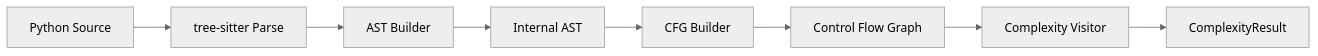
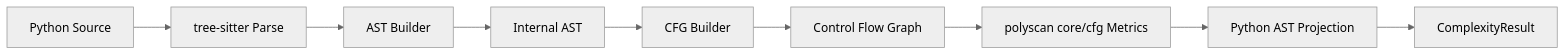
Before and after one commit to ludo-technologies/pyscn: the first of 3 diagrams in docs/algorithms/complexity.md, drawn with Mermaid (neutral theme). The commit also changed other lines of this file and 18 other files, not shown here.

Commit message:
migrate: adopt core CFG analyses

````diff
--- a/docs/algorithms/complexity.md
+++ b/docs/algorithms/complexity.md
@@ -13,10 +13,11 @@
 ```mermaid
 flowchart LR
     A["Python Source"] --> B["tree-sitter Parse"]
     B --> C["AST Builder"]
     C --> D["Internal AST"]
     D --> E["CFG Builder"]
     E --> F["Control Flow Graph"]
-    F --> G["Complexity Visitor"]
-    G --> H["ComplexityResult"]
+    F --> G["polyscan core/cfg Metrics"]
+    G --> H["Python AST Projection"]
+    H --> I["ComplexityResult"]
 ```
````
